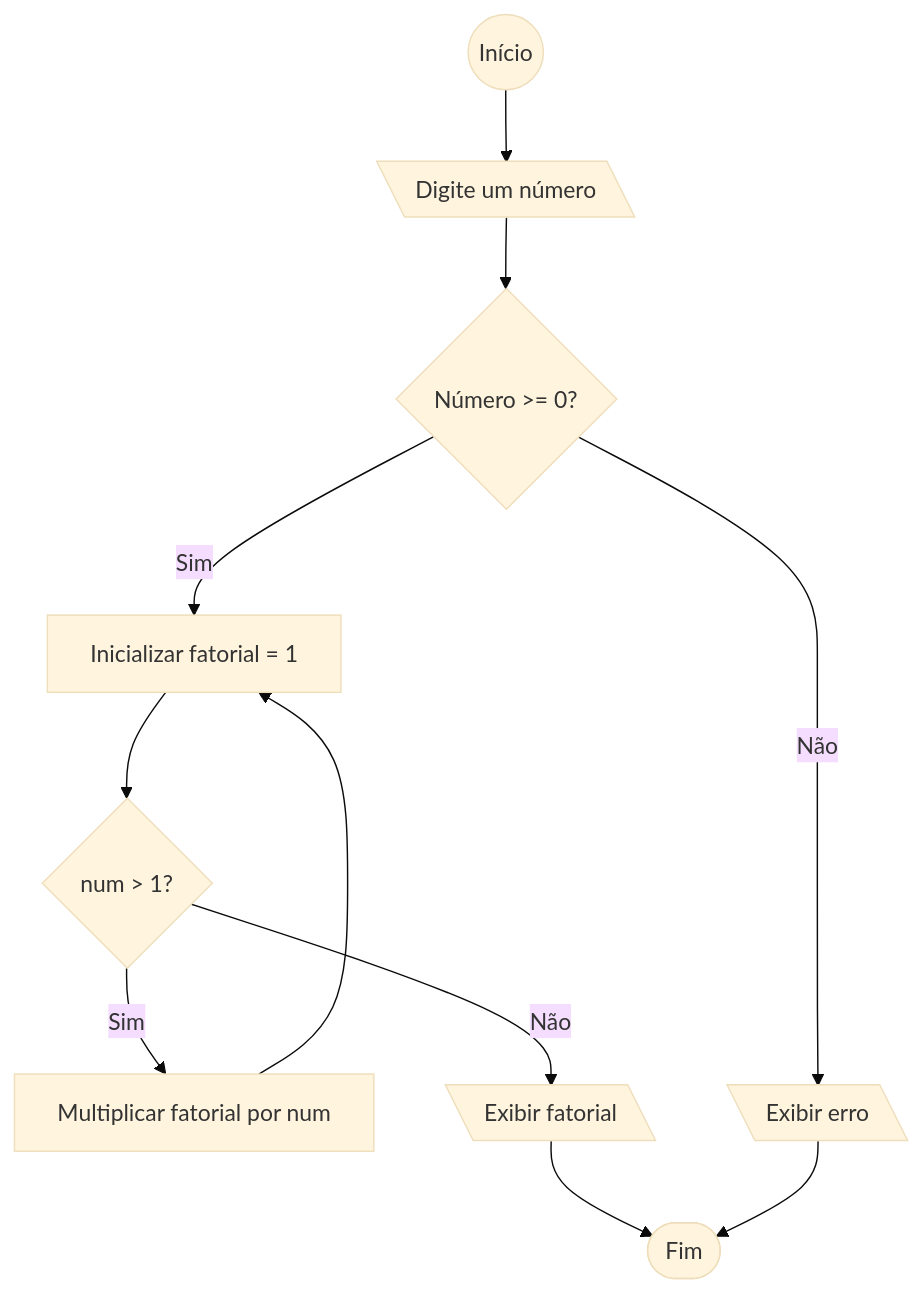
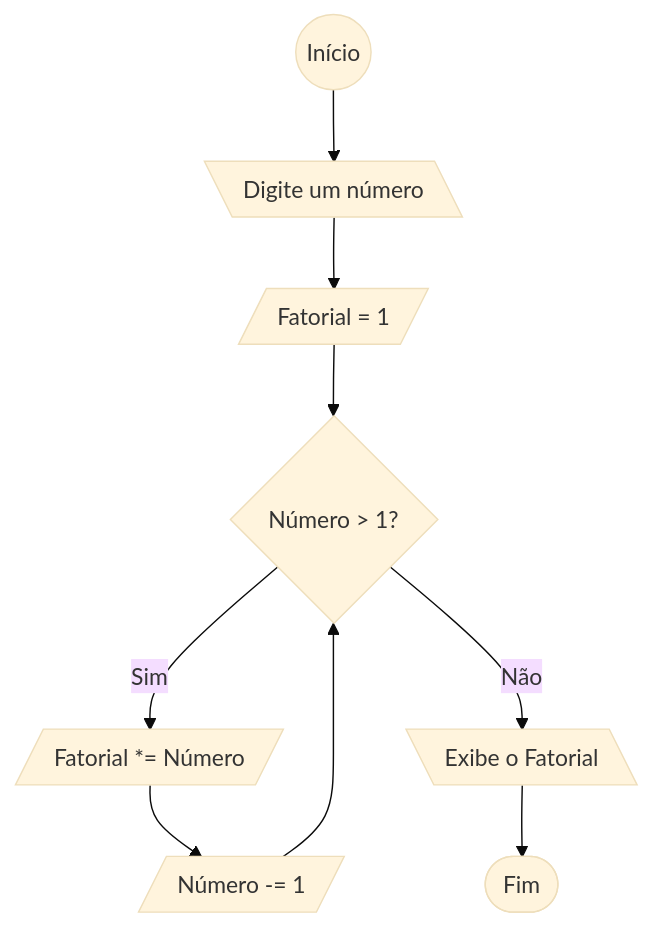
One commit to gabrrkl7/LP_SENAI changed the eighth of 10 diagrams in lista_de_exercicios/LP_Lista_01/README.md. Above: the diagram before and after it, drawn with Mermaid (base theme). The commit also changed other lines of this file and 21 other files, not shown here.

````diff
--- a/lista_de_exercicios/LP_Lista_01/README.md
+++ b/lista_de_exercicios/LP_Lista_01/README.md
@@ -114,13 +115,11 @@
    ```mermaid
    flowchart TD
-    A(( Início )) --> B[\ Digite um número \]
-    B --> C{Número >= 0?}
-    C --> |Sim| D[Inicializar fatorial = 1]
-    D --> E{num > 1?}
-    E --> |Sim| F[Multiplicar fatorial por num]
-    E --> |Não| G[\ Exibir fatorial \]
-    F --> D
-    G --> finish([ Fim ])
-    C --> |Não| H[\ Exibir erro \]
-    H --> finish
+        start(( Início )) --> input[\ Digite um número \]
+        input --> init[/ Fatorial = 1 /]
+        init --> loop{ Número > 1? }
+        loop --> |Sim| multiply[/ Fatorial *= Número /]
+        multiply --> decrease[/ Número -= 1 /]
+        decrease --> loop
+        loop --> |Não| output[\ Exibe o Fatorial \]
+        output --> fim([ Fim ])
    ```
````
